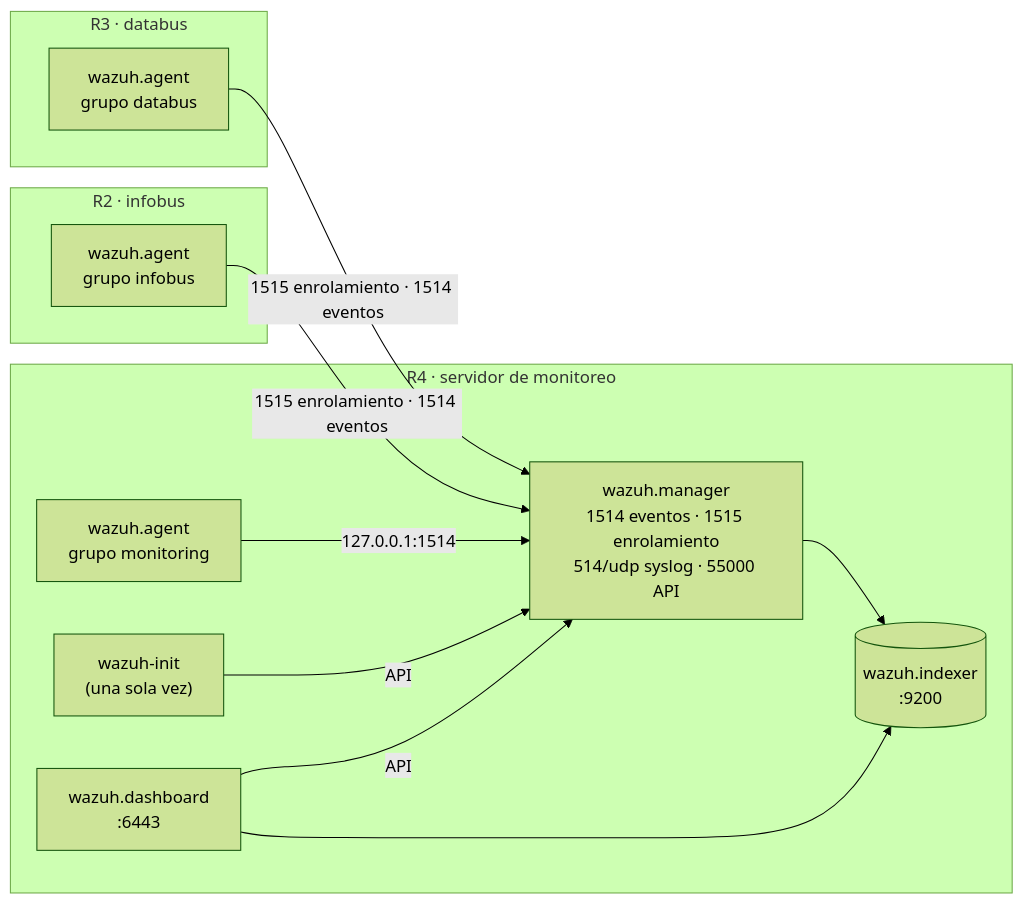
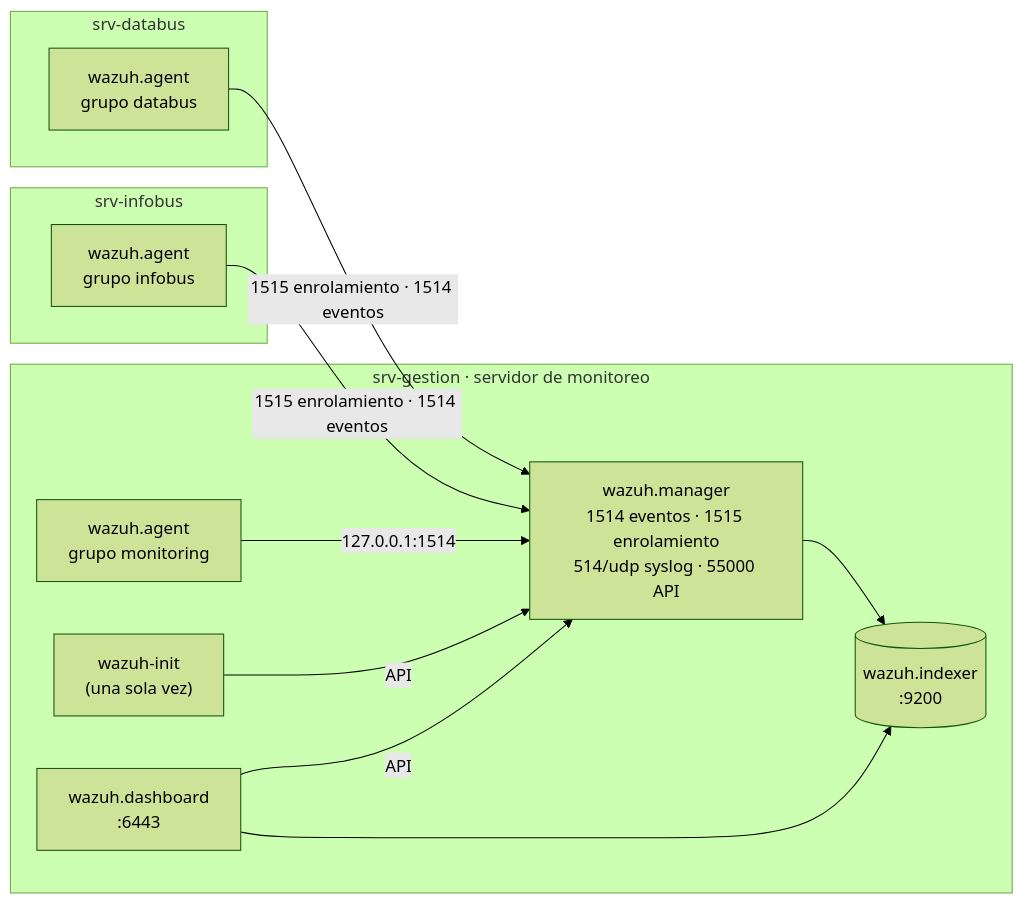
The first of 2 diagrams in README es.md (rsol9000-01/wazuh), drawn with Mermaid (forest theme) before and after one commit. The commit also changed other lines of this file and 19 other files, not shown here.

````diff
--- a/README es.md
+++ b/README es.md
@@ -27,23 +27,23 @@
 ```mermaid
 flowchart LR
-  subgraph R4["R4 · servidor de monitoreo"]
+  subgraph GESTION["srv-gestion · servidor de monitoreo"]
     IDX[("wazuh.indexer<br/>:9200")]
     MGR["wazuh.manager<br/>1514 eventos · 1515 enrolamiento<br/>514/udp syslog · 55000 API"]
     DSH["wazuh.dashboard<br/>:6443"]
     INIT["wazuh-init<br/>(una sola vez)"]
     AG4["wazuh.agent<br/>grupo monitoring"]
   end
-  subgraph R3["R3 · databus"]
+  subgraph DATABUS["srv-databus"]
     AG3["wazuh.agent<br/>grupo databus"]
   end
-  subgraph R2["R2 · infobus"]
+  subgraph INFOBUS["srv-infobus"]
     AG2["wazuh.agent<br/>grupo infobus"]
   end
   AG3 -- "1515 enrolamiento · 1514 eventos" --> MGR
   AG2 -- "1515 enrolamiento · 1514 eventos" --> MGR
   AG4 -- "127.0.0.1:1514" --> MGR
   INIT -- "API" --> MGR
   MGR --> IDX
   DSH --> IDX
   DSH -- "API" --> MGR
 ```
````
